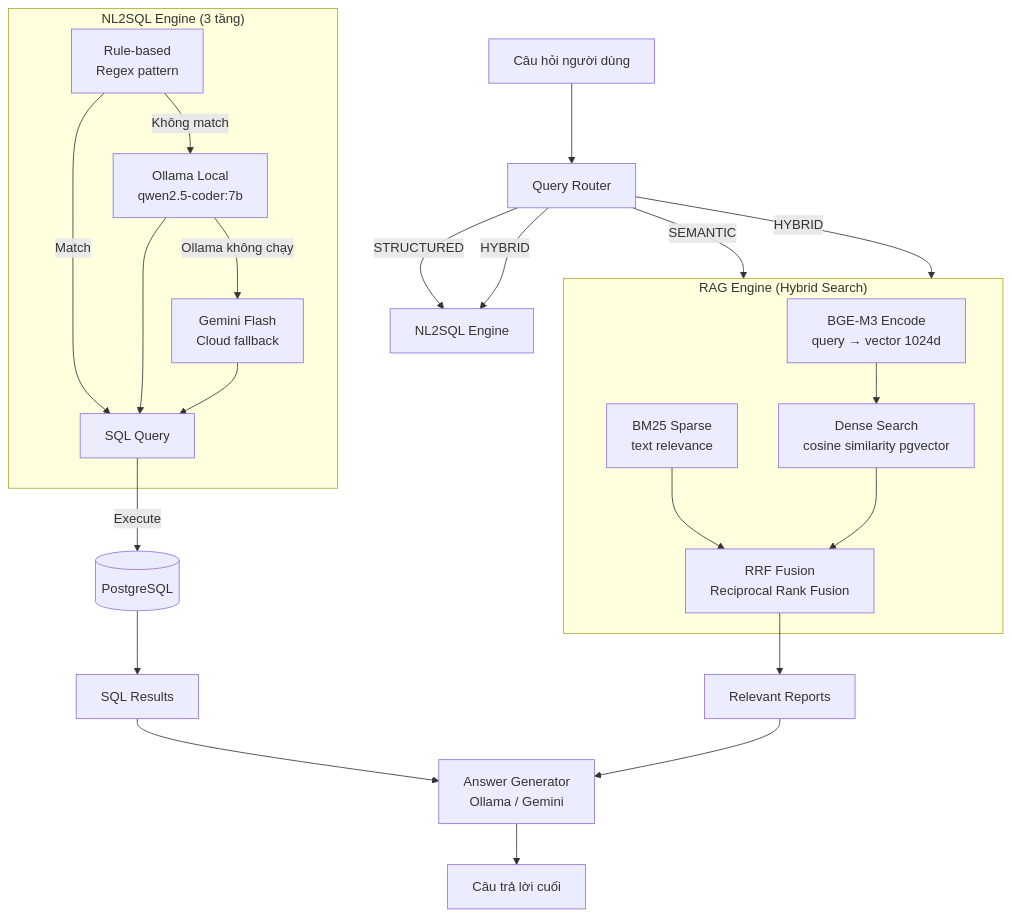
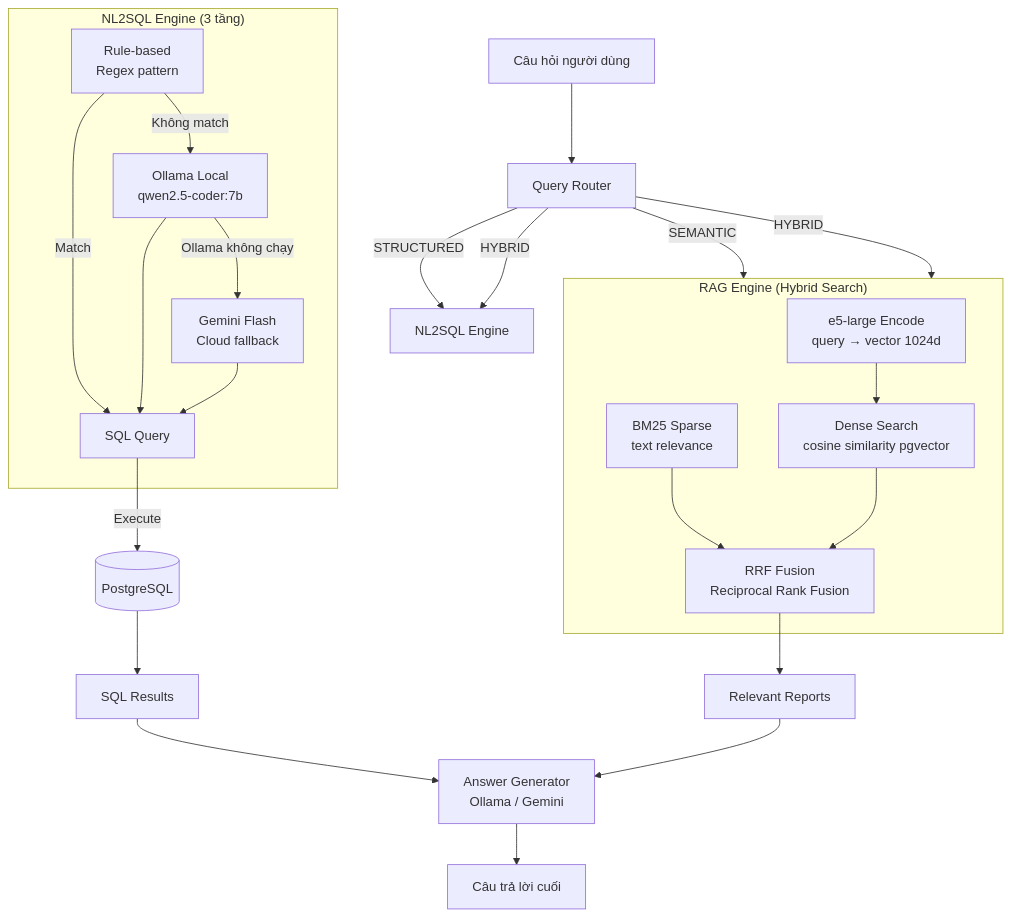
Before and after one commit to HoangDLongg/pacs-long: the first of 2 diagrams in docs/03_backend_architecture.md, drawn with Mermaid. The commit also changed other lines of this file and 10 other files, not shown here.

````diff
--- a/docs/03_backend_architecture.md
+++ b/docs/03_backend_architecture.md
@@ -123,34 +133,34 @@
 ```mermaid
 flowchart TD
     Q[Câu hỏi người dùng] --> QR[Query Router]
     QR -->|STRUCTURED| NL[NL2SQL Engine]
     QR -->|SEMANTIC| RAG[RAG Engine]
     QR -->|HYBRID| NL
     QR -->|HYBRID| RAG
 
     subgraph NL2SQL ["NL2SQL Engine (3 tầng)"]
         N1[Rule-based\nRegex pattern] -->|Không match| N2[Ollama Local\nqwen2.5-coder:7b]
         N2 -->|Ollama không chạy| N3[Gemini Flash\nCloud fallback]
         N1 -->|Match| SQL[SQL Query]
         N2 --> SQL
         N3 --> SQL
     end
 
     subgraph RAG ["RAG Engine (Hybrid Search)"]
-        R1[BGE-M3 Encode\nquery → vector 1024d]
+        R1[e5-large Encode\nquery → vector 1024d]
         R2[Dense Search\ncosine similarity pgvector]
         R3[BM25 Sparse\ntext relevance]
         R4[RRF Fusion\nReciprocal Rank Fusion]
         R1 --> R2
         R3 --> R4
         R2 --> R4
     end
 
     SQL -->|Execute| DB[(PostgreSQL)]
     DB --> RESULTS[SQL Results]
     R4 --> REPORTS[Relevant Reports]
 
     RESULTS --> AG[Answer Generator\nOllama / Gemini]
     REPORTS --> AG
     AG --> ANS[Câu trả lời cuối]
 ```
````
